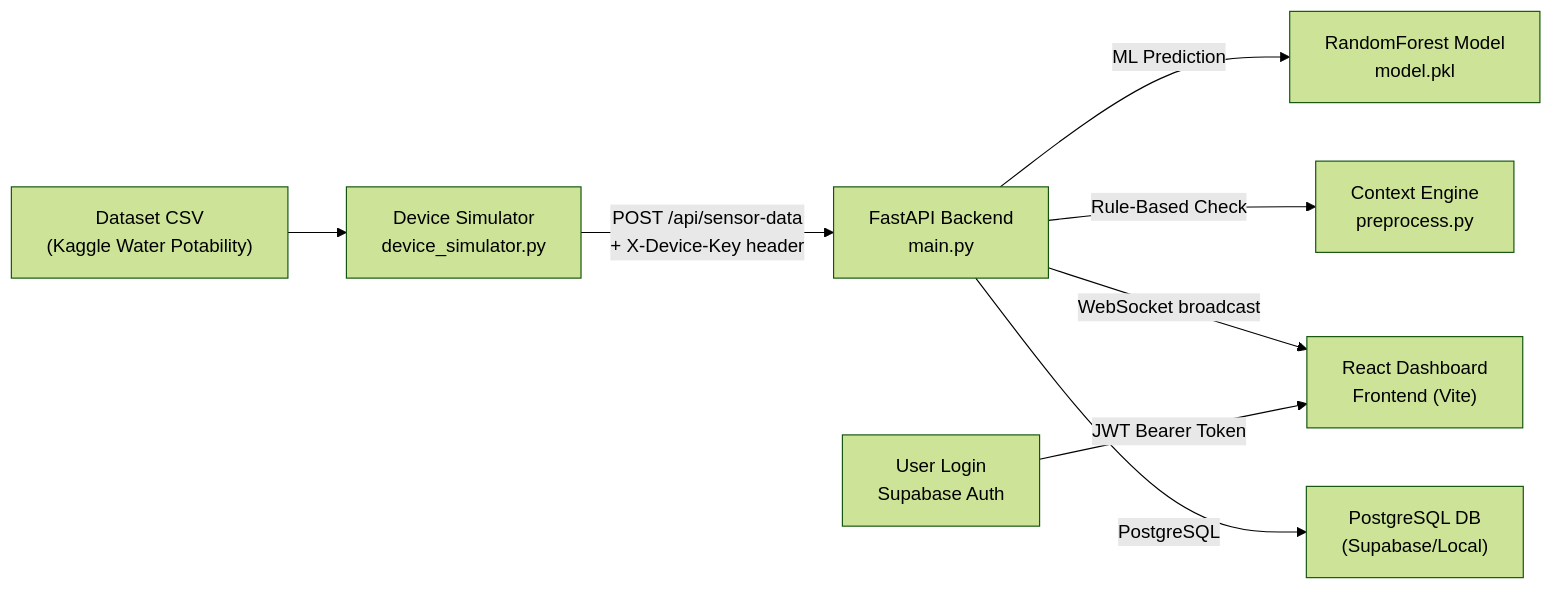
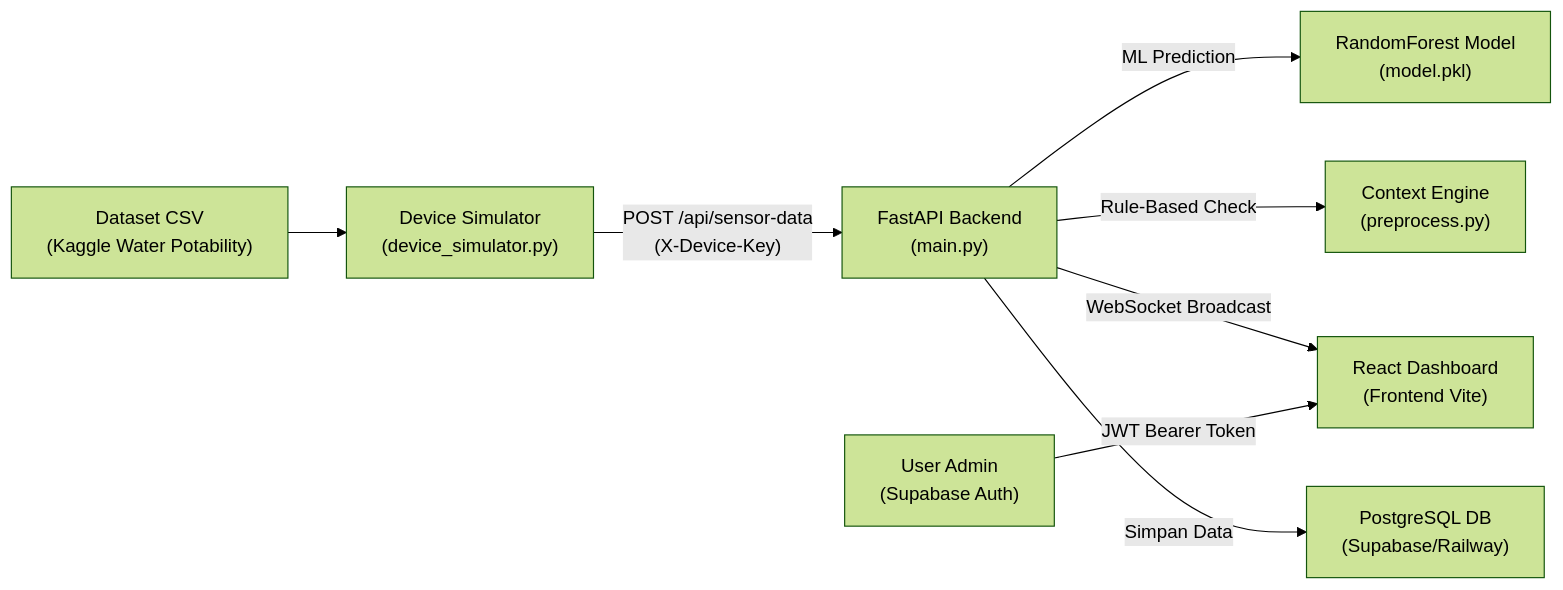
One commit to aldoorevaldo/aquaware-iot-system changed the diagram in project_overview.md. Above: the diagram before and after it, drawn with Mermaid (forest theme). The commit also changed other lines of this file and 1 other file, not shown here.

````diff
--- a/project_overview.md
+++ b/project_overview.md
@@ -41,10 +19,10 @@
 ```mermaid
 graph LR
-    A["Dataset CSV<br/>(Kaggle Water Potability)"] --> B["Device Simulator<br/>device_simulator.py"]
-    B -- "POST /api/sensor-data<br/>+ X-Device-Key header" --> C["FastAPI Backend<br/>main.py"]
-    C -- "ML Prediction" --> D["RandomForest Model<br/>model.pkl"]
-    C -- "Rule-Based Check" --> E["Context Engine<br/>preprocess.py"]
-    C -- "WebSocket broadcast" --> F["React Dashboard<br/>Frontend (Vite)"]
-    C -- "PostgreSQL" --> G["PostgreSQL DB<br/>(Supabase/Local)"]
-    H["User Login<br/>Supabase Auth"] -- "JWT Bearer Token" --> F
+    A["Dataset CSV<br/>(Kaggle Water Potability)"] --> B["Device Simulator<br/>(device_simulator.py)"]
+    B -- "POST /api/sensor-data<br/>(X-Device-Key)" --> C["FastAPI Backend<br/>(main.py)"]
+    C -- "ML Prediction" --> D["RandomForest Model<br/>(model.pkl)"]
+    C -- "Rule-Based Check" --> E["Context Engine<br/>(preprocess.py)"]
+    C -- "WebSocket Broadcast" --> F["React Dashboard<br/>(Frontend Vite)"]
+    C -- "Simpan Data" --> G["PostgreSQL DB<br/>(Supabase/Railway)"]
+    H["User Admin<br/>(Supabase Auth)"] -- "JWT Bearer Token" --> F
 ```
````
